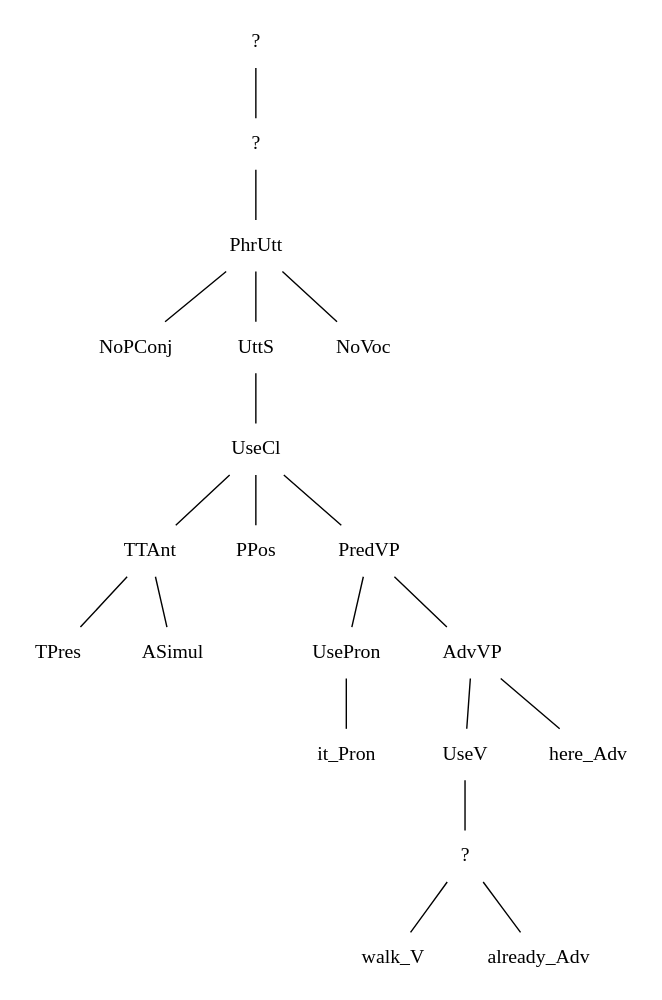
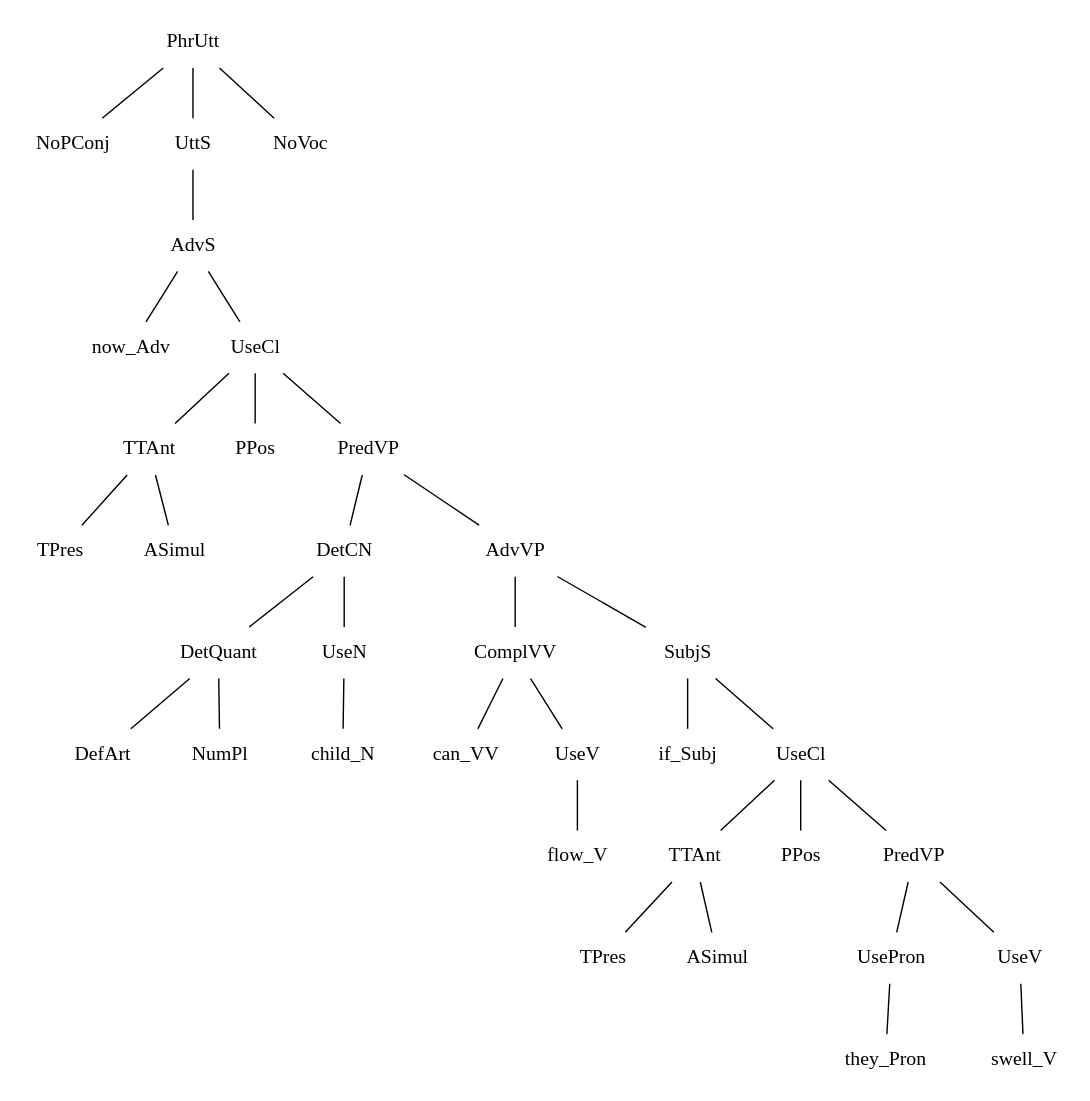
The diagram in mapping/tmp_tree.dot (MalinAhlberg/SwedishProject), drawn with Graphviz before and after one commit. The commit also changed 9 other files, not shown here.

```diff
--- a/mapping/tmp_tree.dot
+++ b/mapping/tmp_tree.dot
@@ -1,41 +1,71 @@
 graph {
-n0[label = "?", style = "solid", shape = "plaintext"] ;
-n0_0[label = "?", style = "solid", shape = "plaintext"] ;
+n0[label = "PhrUtt", style = "solid", shape = "plaintext"] ;
+n0_0[label = "NoPConj", style = "solid", shape = "plaintext"] ;
 n0 -- n0_0 [style = "solid"];
-n0_0_0[label = "PhrUtt", style = "solid", shape = "plaintext"] ;
-n0_0 -- n0_0_0 [style = "solid"];
-n0_0_0_0[label = "NoPConj", style = "solid", shape = "plaintext"] ;
-n0_0_0 -- n0_0_0_0 [style = "solid"];
-n1_0_0_0[label = "UttS", style = "solid", shape = "plaintext"] ;
-n0_0_0 -- n1_0_0_0 [style = "solid"];
-n0_1_0_0_0[label = "UseCl", style = "solid", shape = "plaintext"] ;
-n1_0_0_0 -- n0_1_0_0_0 [style = "solid"];
-n0_0_1_0_0_0[label = "TTAnt", style = "solid", shape = "plaintext"] ;
-n0_1_0_0_0 -- n0_0_1_0_0_0 [style = "solid"];
-n0_0_0_1_0_0_0[label = "TPres", style = "solid", shape = "plaintext"] ;
-n0_0_1_0_0_0 -- n0_0_0_1_0_0_0 [style = "solid"];
-n1_0_0_1_0_0_0[label = "ASimul", style = "solid", shape = "plaintext"] ;
-n0_0_1_0_0_0 -- n1_0_0_1_0_0_0 [style = "solid"];
-n1_0_1_0_0_0[label = "PPos", style = "solid", shape = "plaintext"] ;
-n0_1_0_0_0 -- n1_0_1_0_0_0 [style = "solid"];
-n2_0_1_0_0_0[label = "PredVP", style = "solid", shape = "plaintext"] ;
-n0_1_0_0_0 -- n2_0_1_0_0_0 [style = "solid"];
-n0_2_0_1_0_0_0[label = "UsePron", style = "solid", shape = "plaintext"] ;
-n2_0_1_0_0_0 -- n0_2_0_1_0_0_0 [style = "solid"];
-n0_0_2_0_1_0_0_0[label = "it_Pron", style = "solid", shape = "plaintext"] ;
-n0_2_0_1_0_0_0 -- n0_0_2_0_1_0_0_0 [style = "solid"];
-n1_2_0_1_0_0_0[label = "AdvVP", style = "solid", shape = "plaintext"] ;
-n2_0_1_0_0_0 -- n1_2_0_1_0_0_0 [style = "solid"];
-n0_1_2_0_1_0_0_0[label = "UseV", style = "solid", shape = "plaintext"] ;
-n1_2_0_1_0_0_0 -- n0_1_2_0_1_0_0_0 [style = "solid"];
-n0_0_1_2_0_1_0_0_0[label = "?", style = "solid", shape = "plaintext"] ;
-n0_1_2_0_1_0_0_0 -- n0_0_1_2_0_1_0_0_0 [style = "solid"];
-n0_0_0_1_2_0_1_0_0_0[label = "walk_V", style = "solid", shape = "plaintext"] ;
-n0_0_1_2_0_1_0_0_0 -- n0_0_0_1_2_0_1_0_0_0 [style = "solid"];
-n1_0_0_1_2_0_1_0_0_0[label = "already_Adv", style = "solid", shape = "plaintext"] ;
-n0_0_1_2_0_1_0_0_0 -- n1_0_0_1_2_0_1_0_0_0 [style = "solid"];
-n1_1_2_0_1_0_0_0[label = "here_Adv", style = "solid", shape = "plaintext"] ;
-n1_2_0_1_0_0_0 -- n1_1_2_0_1_0_0_0 [style = "solid"];
-n2_0_0_0[label = "NoVoc", style = "solid", shape = "plaintext"] ;
-n0_0_0 -- n2_0_0_0 [style = "solid"];
+n1_0[label = "UttS", style = "solid", shape = "plaintext"] ;
+n0 -- n1_0 [style = "solid"];
+n0_1_0[label = "AdvS", style = "solid", shape = "plaintext"] ;
+n1_0 -- n0_1_0 [style = "solid"];
+n0_0_1_0[label = "now_Adv", style = "solid", shape = "plaintext"] ;
+n0_1_0 -- n0_0_1_0 [style = "solid"];
+n1_0_1_0[label = "UseCl", style = "solid", shape = "plaintext"] ;
+n0_1_0 -- n1_0_1_0 [style = "solid"];
+n0_1_0_1_0[label = "TTAnt", style = "solid", shape = "plaintext"] ;
+n1_0_1_0 -- n0_1_0_1_0 [style = "solid"];
+n0_0_1_0_1_0[label = "TPres", style = "solid", shape = "plaintext"] ;
+n0_1_0_1_0 -- n0_0_1_0_1_0 [style = "solid"];
+n1_0_1_0_1_0[label = "ASimul", style = "solid", shape = "plaintext"] ;
+n0_1_0_1_0 -- n1_0_1_0_1_0 [style = "solid"];
+n1_1_0_1_0[label = "PPos", style = "solid", shape = "plaintext"] ;
+n1_0_1_0 -- n1_1_0_1_0 [style = "solid"];
+n2_1_0_1_0[label = "PredVP", style = "solid", shape = "plaintext"] ;
+n1_0_1_0 -- n2_1_0_1_0 [style = "solid"];
+n0_2_1_0_1_0[label = "DetCN", style = "solid", shape = "plaintext"] ;
+n2_1_0_1_0 -- n0_2_1_0_1_0 [style = "solid"];
+n0_0_2_1_0_1_0[label = "DetQuant", style = "solid", shape = "plaintext"] ;
+n0_2_1_0_1_0 -- n0_0_2_1_0_1_0 [style = "solid"];
+n0_0_0_2_1_0_1_0[label = "DefArt", style = "solid", shape = "plaintext"] ;
+n0_0_2_1_0_1_0 -- n0_0_0_2_1_0_1_0 [style = "solid"];
+n1_0_0_2_1_0_1_0[label = "NumPl", style = "solid", shape = "plaintext"] ;
+n0_0_2_1_0_1_0 -- n1_0_0_2_1_0_1_0 [style = "solid"];
+n1_0_2_1_0_1_0[label = "UseN", style = "solid", shape = "plaintext"] ;
+n0_2_1_0_1_0 -- n1_0_2_1_0_1_0 [style = "solid"];
+n0_1_0_2_1_0_1_0[label = "child_N", style = "solid", shape = "plaintext"] ;
+n1_0_2_1_0_1_0 -- n0_1_0_2_1_0_1_0 [style = "solid"];
+n1_2_1_0_1_0[label = "AdvVP", style = "solid", shape = "plaintext"] ;
+n2_1_0_1_0 -- n1_2_1_0_1_0 [style = "solid"];
+n0_1_2_1_0_1_0[label = "ComplVV", style = "solid", shape = "plaintext"] ;
+n1_2_1_0_1_0 -- n0_1_2_1_0_1_0 [style = "solid"];
+n0_0_1_2_1_0_1_0[label = "can_VV", style = "solid", shape = "plaintext"] ;
+n0_1_2_1_0_1_0 -- n0_0_1_2_1_0_1_0 [style = "solid"];
+n1_0_1_2_1_0_1_0[label = "UseV", style = "solid", shape = "plaintext"] ;
+n0_1_2_1_0_1_0 -- n1_0_1_2_1_0_1_0 [style = "solid"];
+n0_1_0_1_2_1_0_1_0[label = "flow_V", style = "solid", shape = "plaintext"] ;
+n1_0_1_2_1_0_1_0 -- n0_1_0_1_2_1_0_1_0 [style = "solid"];
+n1_1_2_1_0_1_0[label = "SubjS", style = "solid", shape = "plaintext"] ;
+n1_2_1_0_1_0 -- n1_1_2_1_0_1_0 [style = "solid"];
+n0_1_1_2_1_0_1_0[label = "if_Subj", style = "solid", shape = "plaintext"] ;
+n1_1_2_1_0_1_0 -- n0_1_1_2_1_0_1_0 [style = "solid"];
+n1_1_1_2_1_0_1_0[label = "UseCl", style = "solid", shape = "plaintext"] ;
+n1_1_2_1_0_1_0 -- n1_1_1_2_1_0_1_0 [style = "solid"];
+n0_1_1_1_2_1_0_1_0[label = "TTAnt", style = "solid", shape = "plaintext"] ;
+n1_1_1_2_1_0_1_0 -- n0_1_1_1_2_1_0_1_0 [style = "solid"];
+n0_0_1_1_1_2_1_0_1_0[label = "TPres", style = "solid", shape = "plaintext"] ;
+n0_1_1_1_2_1_0_1_0 -- n0_0_1_1_1_2_1_0_1_0 [style = "solid"];
+n1_0_1_1_1_2_1_0_1_0[label = "ASimul", style = "solid", shape = "plaintext"] ;
+n0_1_1_1_2_1_0_1_0 -- n1_0_1_1_1_2_1_0_1_0 [style = "solid"];
+n1_1_1_1_2_1_0_1_0[label = "PPos", style = "solid", shape = "plaintext"] ;
+n1_1_1_2_1_0_1_0 -- n1_1_1_1_2_1_0_1_0 [style = "solid"];
+n2_1_1_1_2_1_0_1_0[label = "PredVP", style = "solid", shape = "plaintext"] ;
+n1_1_1_2_1_0_1_0 -- n2_1_1_1_2_1_0_1_0 [style = "solid"];
+n0_2_1_1_1_2_1_0_1_0[label = "UsePron", style = "solid", shape = "plaintext"] ;
+n2_1_1_1_2_1_0_1_0 -- n0_2_1_1_1_2_1_0_1_0 [style = "solid"];
+n0_0_2_1_1_1_2_1_0_1_0[label = "they_Pron", style = "solid", shape = "plaintext"] ;
+n0_2_1_1_1_2_1_0_1_0 -- n0_0_2_1_1_1_2_1_0_1_0 [style = "solid"];
+n1_2_1_1_1_2_1_0_1_0[label = "UseV", style = "solid", shape = "plaintext"] ;
+n2_1_1_1_2_1_0_1_0 -- n1_2_1_1_1_2_1_0_1_0 [style = "solid"];
+n0_1_2_1_1_1_2_1_0_1_0[label = "swell_V", style = "solid", shape = "plaintext"] ;
+n1_2_1_1_1_2_1_0_1_0 -- n0_1_2_1_1_1_2_1_0_1_0 [style = "solid"];
+n2_0[label = "NoVoc", style = "solid", shape = "plaintext"] ;
+n0 -- n2_0 [style = "solid"];
 }
```
